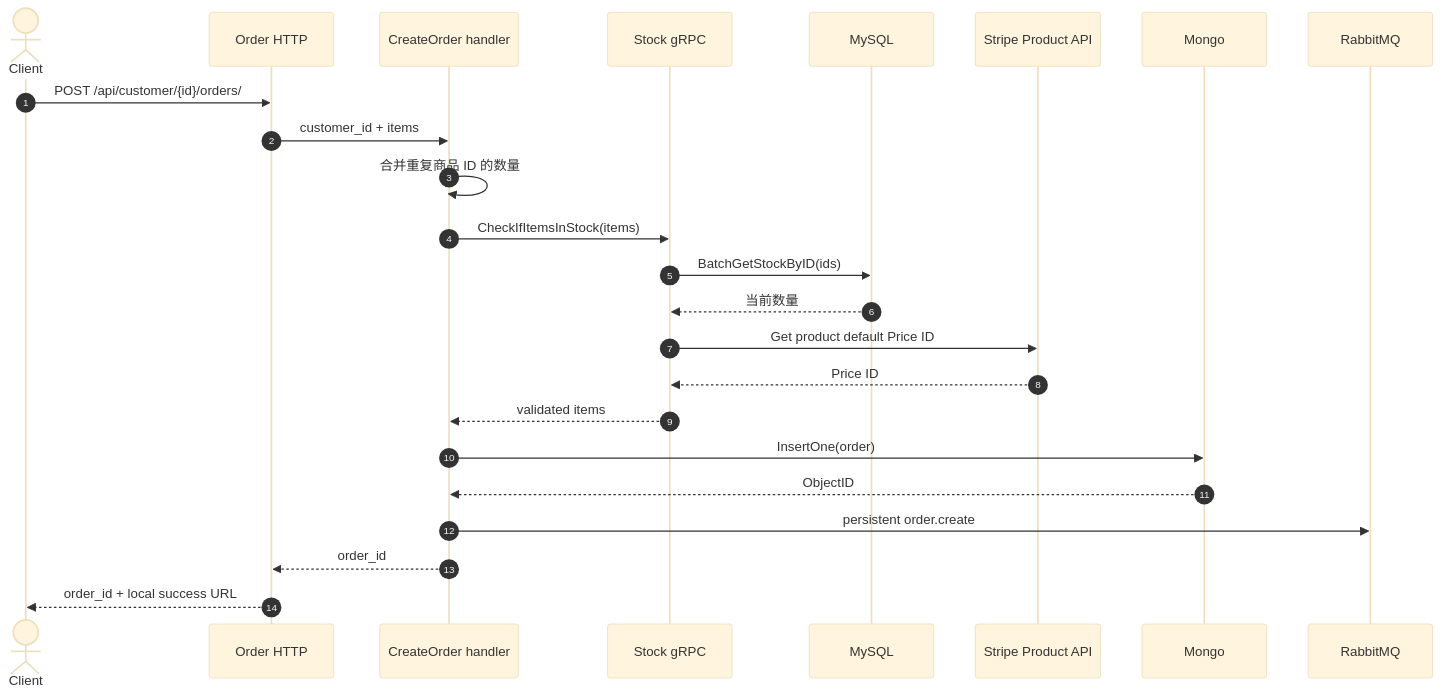
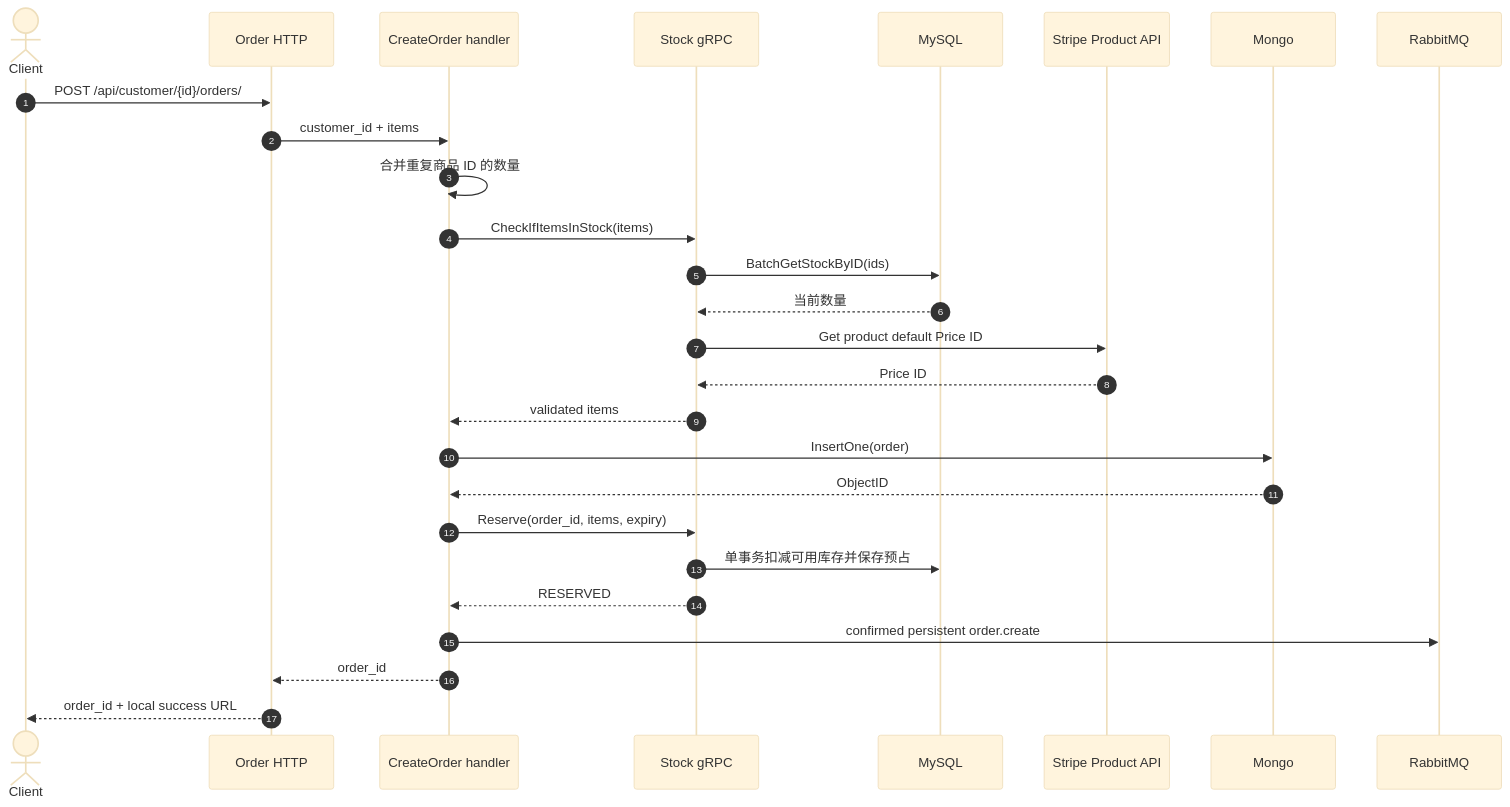
One commit to jiahuipaung/gorder changed the second of 5 diagrams in docs/architecture/business-flow.md. Above: the diagram before and after it, drawn with Mermaid (base theme). The commit also changed other lines of this file and 60 other files, not shown here.

First line of the commit message:
Add recoverable inventory reservation flow

````diff
--- a/docs/architecture/business-flow.md
+++ b/docs/architecture/business-flow.md
@@ -33,27 +35,30 @@
 ```mermaid
 sequenceDiagram
     autonumber
     actor Client
     participant OrderHTTP as Order HTTP
     participant OrderApp as CreateOrder handler
     participant Stock as Stock gRPC
     participant MySQL
     participant Stripe as Stripe Product API
     participant Mongo
     participant MQ as RabbitMQ
 
     Client->>OrderHTTP: POST /api/customer/{id}/orders/
     OrderHTTP->>OrderApp: customer_id + items
     OrderApp->>OrderApp: 合并重复商品 ID 的数量
     OrderApp->>Stock: CheckIfItemsInStock(items)
     Stock->>MySQL: BatchGetStockByID(ids)
     MySQL-->>Stock: 当前数量
     Stock->>Stripe: Get product default Price ID
     Stripe-->>Stock: Price ID
     Stock-->>OrderApp: validated items
     OrderApp->>Mongo: InsertOne(order)
     Mongo-->>OrderApp: ObjectID
-    OrderApp->>MQ: persistent order.create
+    OrderApp->>Stock: Reserve(order_id, items, expiry)
+    Stock->>MySQL: 单事务扣减可用库存并保存预占
+    Stock-->>OrderApp: RESERVED
+    OrderApp->>MQ: confirmed persistent order.create
     OrderApp-->>OrderHTTP: order_id
     OrderHTTP-->>Client: order_id + local success URL
 ```
````
